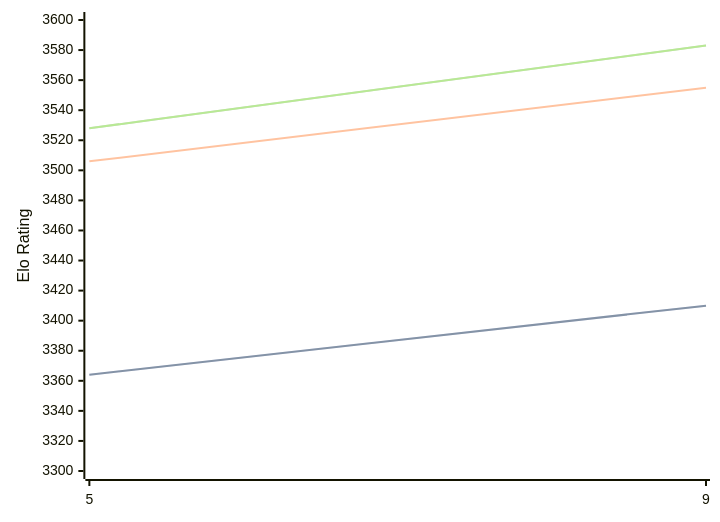
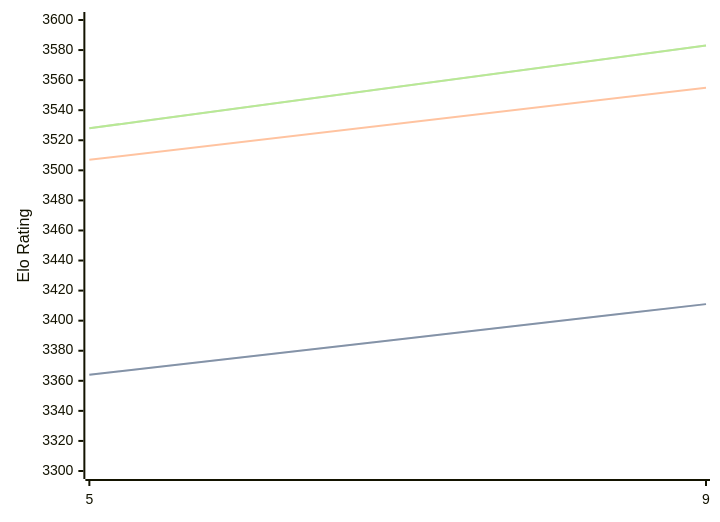
The diagram in engines/Crystal.md (computer-chess-index/cci), drawn with Mermaid before and after one commit. The commit also changed other lines of this file, not shown here.

````diff
--- a/engines/Crystal.md
+++ b/engines/Crystal.md
@@ -60,11 +60,11 @@
 ```mermaid
 %%{init: {"theme":"base","themeVariables":{"seriesColors:['#a3a3a3','#222221','#faa371']}}}%%
 xychart-beta
   x-axis ["5", "9"]
   y-axis "Elo Rating" 3300 --> 3600
-  line "STC (8.0+0.08s)" [3364, 3410]
-  line "STC (8.0+0.08s)" [3364, 3410]
-  line "LTC (60.0+0.60s)" [3506, 3555]
+  line "STC (8.0+0.08s)" [3364, 3411]
+  line "STC (8.0+0.08s)" [3364, 3411]
+  line "LTC (60.0+0.60s)" [3507, 3555]
   line "VLTC (2m24s+1.12s)" [3528, 3583]
   line "VLTC (2m24s+1.12s)" [3528, 3583]
 ```
````
